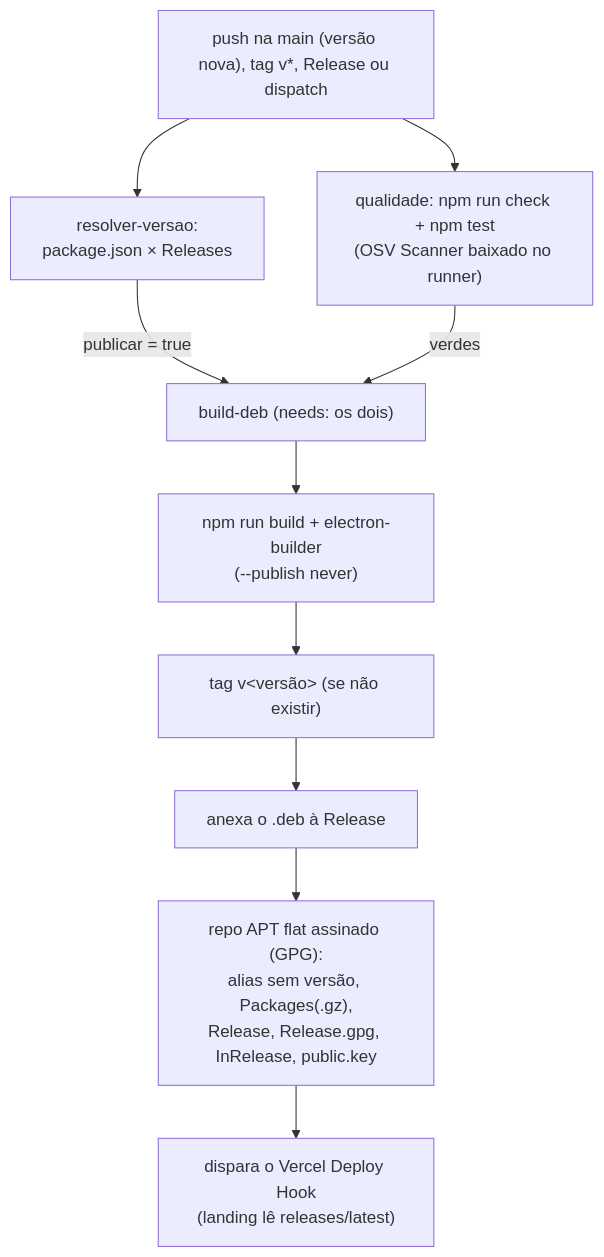
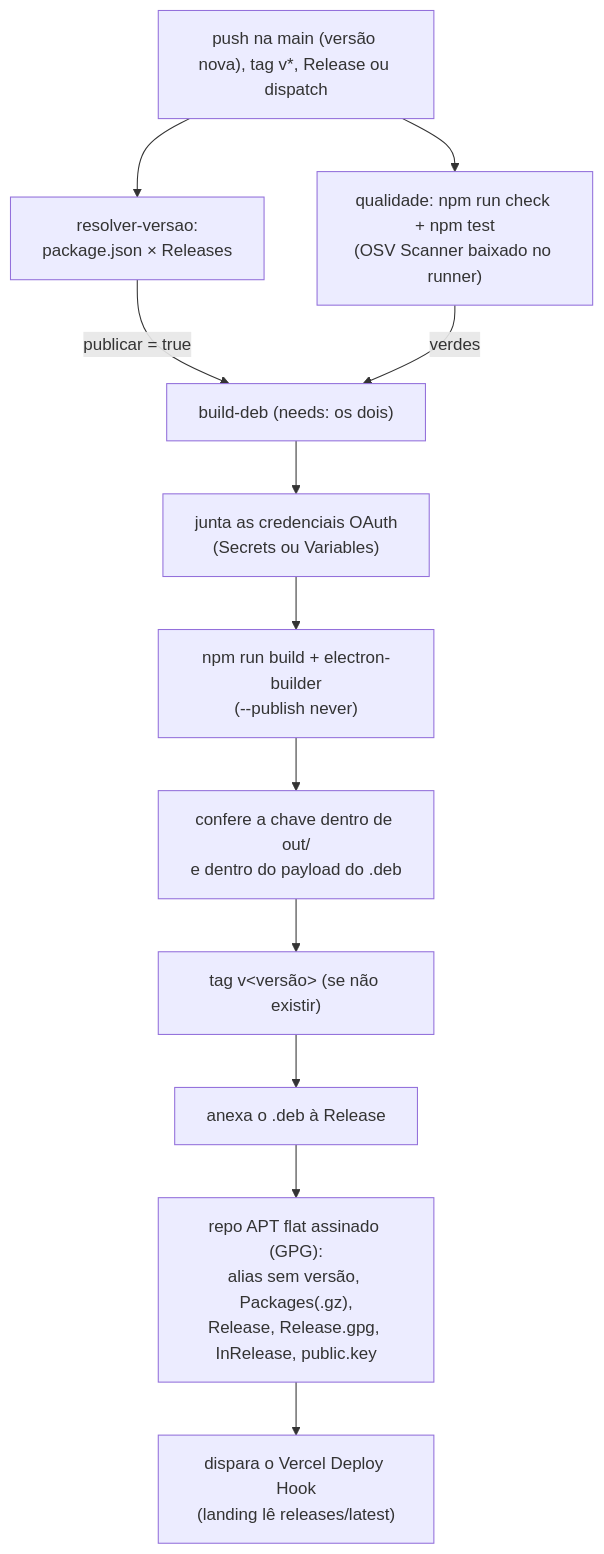
The diagram in docs/build.md (user-nome/cronologia), drawn with Mermaid before and after one commit. The commit also changed other lines of this file and 56 other files, not shown here.

````diff
--- a/docs/build.md
+++ b/docs/build.md
@@ -221,12 +245,14 @@
 ```mermaid
 flowchart TD
     P["push na main (versão nova), tag v*, Release ou dispatch"] --> R["resolver-versao:<br/>package.json × Releases"]
     P --> Q["qualidade: npm run check + npm test<br/>(OSV Scanner baixado no runner)"]
     R -- "publicar = true" --> B["build-deb (needs: os dois)"]
     Q -- verdes --> B
-    B --> N["npm run build + electron-builder<br/>(--publish never)"]
-    N --> T["tag v&lt;versão&gt; (se não existir)"]
+    B --> O["junta as credenciais OAuth<br/>(Secrets ou Variables)"]
+    O --> N["npm run build + electron-builder<br/>(--publish never)"]
+    N --> C["confere a chave dentro de out/<br/>e dentro do payload do .deb"]
+    C --> T["tag v&lt;versão&gt; (se não existir)"]
     T --> D["anexa o .deb à Release"]
     D --> A["repo APT flat assinado (GPG):<br/>alias sem versão, Packages(.gz),<br/>Release, Release.gpg, InRelease, public.key"]
     A --> V["dispara o Vercel Deploy Hook<br/>(landing lê releases/latest)"]
 ```
````
